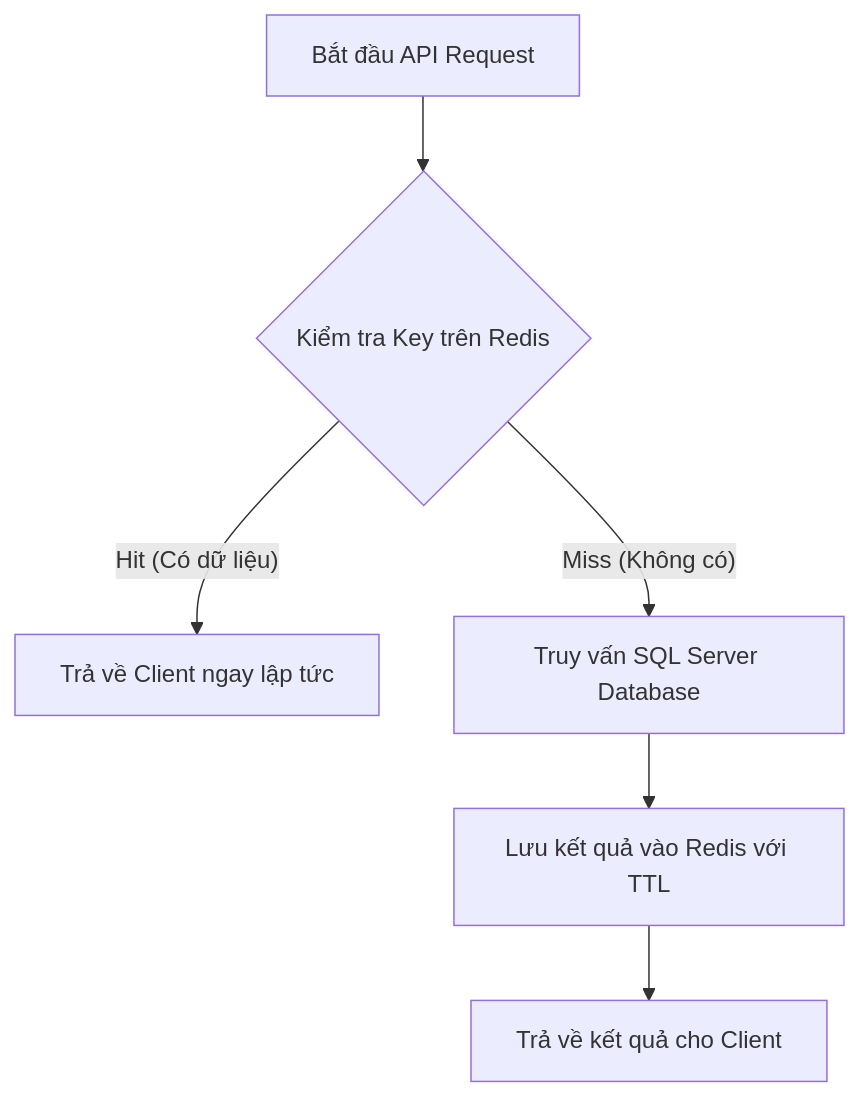
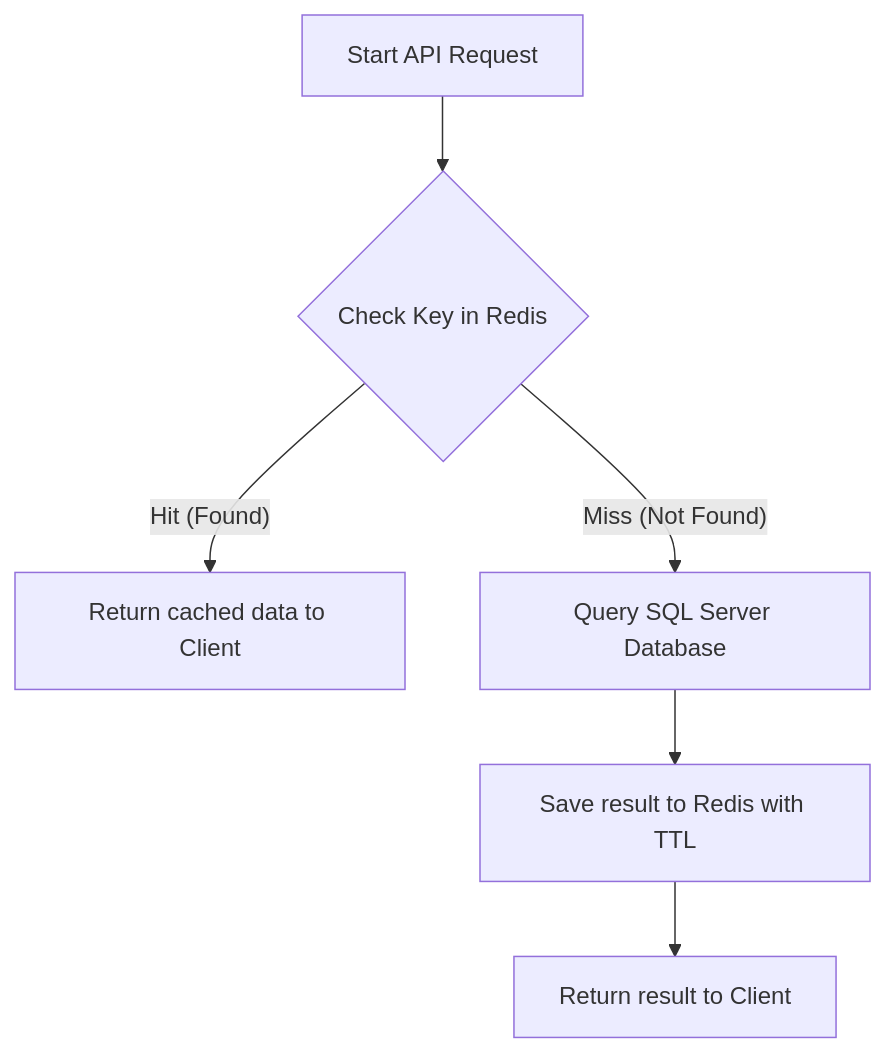
Before and after one commit to duc19092005/galaxiad-cinema-core: the diagram in docs/algorithms/redis-cache-strategy.md, drawn with Mermaid. The commit also changed other lines of this file and 25 other files, not shown here.

Commit message:
docs: restructure translation files, rewrite root README.md with architecture and update algorithms to align with source code

````diff
--- a/docs/algorithms/redis-cache-strategy.md
+++ b/docs/algorithms/redis-cache-strategy.md
@@ -18,8 +19,8 @@
 ```mermaid
 graph TD
-    A[Bắt đầu API Request] --> B{Kiểm tra Key trên Redis}
-    B -- Hit (Có dữ liệu) --> C[Trả về Client ngay lập tức]
-    B -- Miss (Không có) --> D[Truy vấn SQL Server Database]
-    D --> E[Lưu kết quả vào Redis với TTL]
-    E --> F[Trả về kết quả cho Client]
+    A[Start API Request] --> B{Check Key in Redis}
+    B -- Hit (Found) --> C[Return cached data to Client]
+    B -- Miss (Not Found) --> D[Query SQL Server Database]
+    D --> E[Save result to Redis with TTL]
+    E --> F[Return result to Client]
 ```
````
